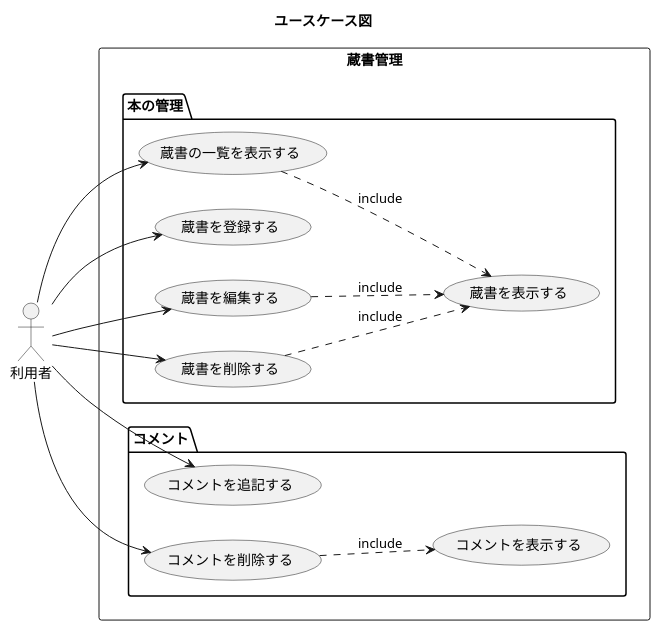
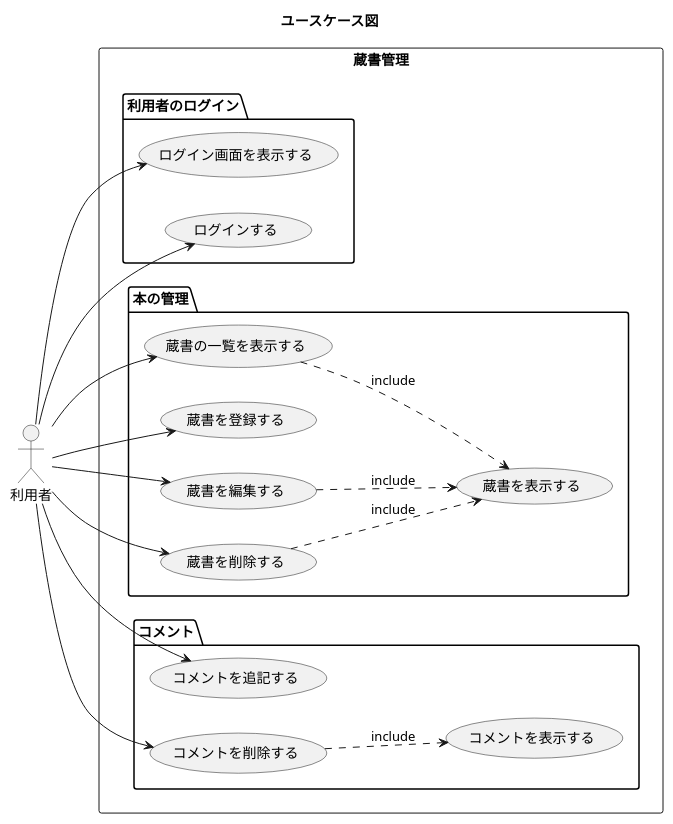
One commit to 40node/node006 changed the diagram in uml/usecases.pu. Above: the diagram before and after it, drawn with PlantUML. The commit also changed 8 other files, not shown here.

```diff
--- a/uml/usecases.pu
+++ b/uml/usecases.pu
@@ -1,23 +1,27 @@
 @startuml
 title ユースケース図
 
 actor 利用者
 left to right direction
 
 rectangle 蔵書管理 {
+    package 利用者のログイン {
+        利用者 --> (ログイン画面を表示する)
+        利用者 --> (ログインする)
+    }
     package 本の管理 {
-        利用者 -> (蔵書の一覧を表示する)
+        利用者 --> (蔵書の一覧を表示する)
         利用者 --> (蔵書を登録する)
         利用者 --> (蔵書を編集する)
         利用者 --> (蔵書を削除する)
         (蔵書の一覧を表示する) ..> (蔵書を表示する) : include
         (蔵書を編集する) ..> (蔵書を表示する) : include
         (蔵書を削除する) ..> (蔵書を表示する) : include
     }
     package コメント {
         利用者 --> (コメントを追記する)
         利用者 --> (コメントを削除する)
         (コメントを削除する) ..> (コメントを表示する) : include
     }
 }
 @enduml
```
